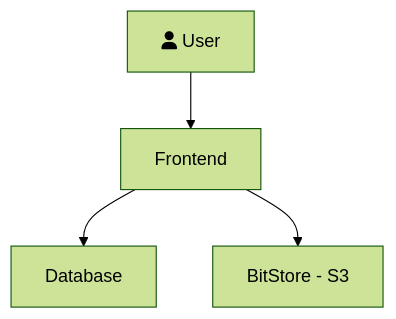
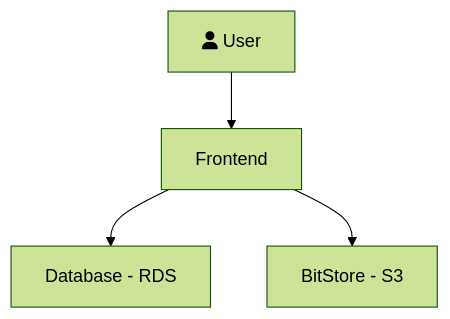
One commit to datopian/datahub-docs-tech changed the first of 3 diagrams in docs/developers/deploy.md. Above: the diagram before and after it, drawn with Mermaid (forest theme). The commit also changed other lines of this file, not shown here.

```diff
--- a/docs/developers/deploy.md
+++ b/docs/developers/deploy.md
@@ -9,7 +13,7 @@
 <div class="mermaid">
 graph TD
 
-  user[fa:fa-user User] --> frontend
-  frontend[Frontend] --> db[Database]
+  user[fa:fa-user User] --> frontend[Frontend]
+  frontend --> db[Database - RDS]
   frontend --> bits[BitStore - S3]
 </div>
```
